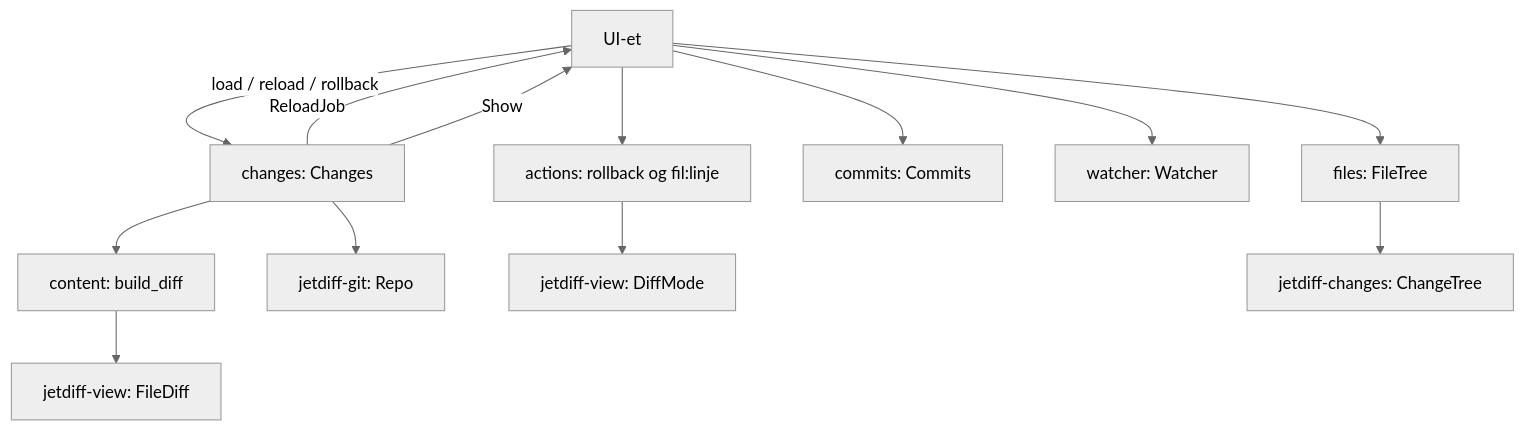
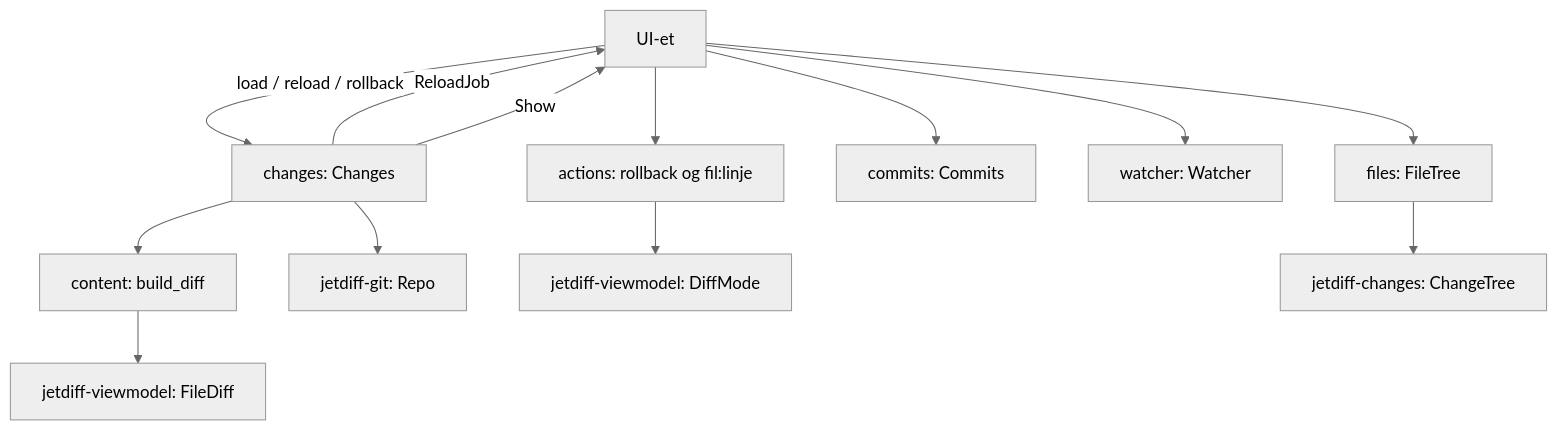
The diagram in crates/jetdiff-app/README.md (akemkers/jetdiff), drawn with Mermaid (neutral theme) before and after one commit. The commit also changed other lines of this file and 54 other files, not shown here.

Commit message:
Gi jetdiff-view nytt navn: jetdiff-viewmodel

````diff
--- a/crates/jetdiff-app/README.md
+++ b/crates/jetdiff-app/README.md
@@ -63,15 +63,15 @@
 ```mermaid
 graph TD
     ui[UI-et] -- load / reload / rollback --> changes[changes: Changes]
     changes -- ReloadJob --> ui
     changes -- Show --> ui
     changes --> content[content: build_diff]
-    content --> view[jetdiff-view: FileDiff]
+    content --> view[jetdiff-viewmodel: FileDiff]
     changes --> git[jetdiff-git: Repo]
     ui --> files[files: FileTree]
     ui --> commits[commits: Commits]
     ui --> watcher[watcher: Watcher]
     ui --> actions[actions: rollback og fil:linje]
-    actions --> mode[jetdiff-view: DiffMode]
+    actions --> mode[jetdiff-viewmodel: DiffMode]
     files --> tree[jetdiff-changes: ChangeTree]
 ```
````
